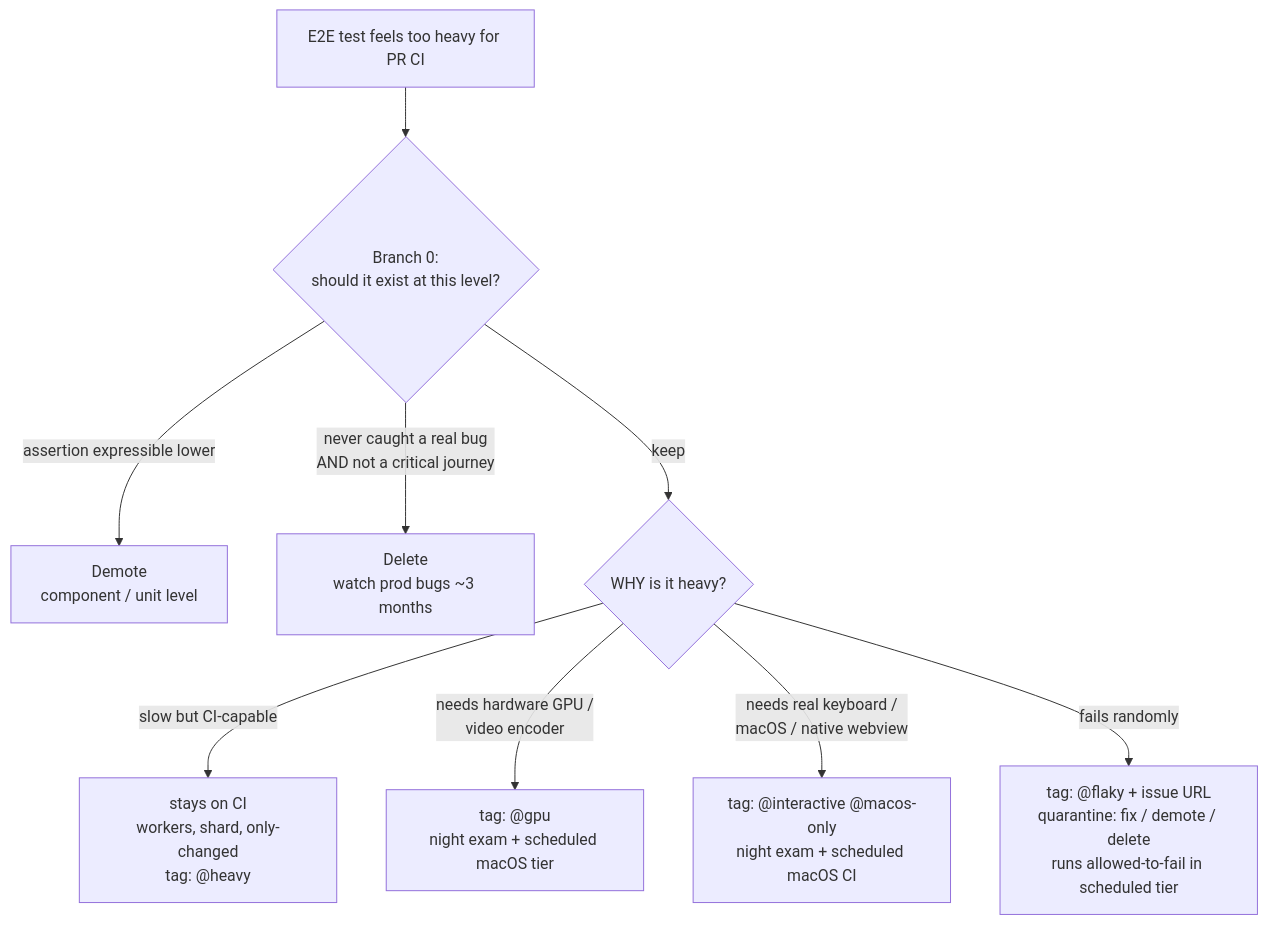
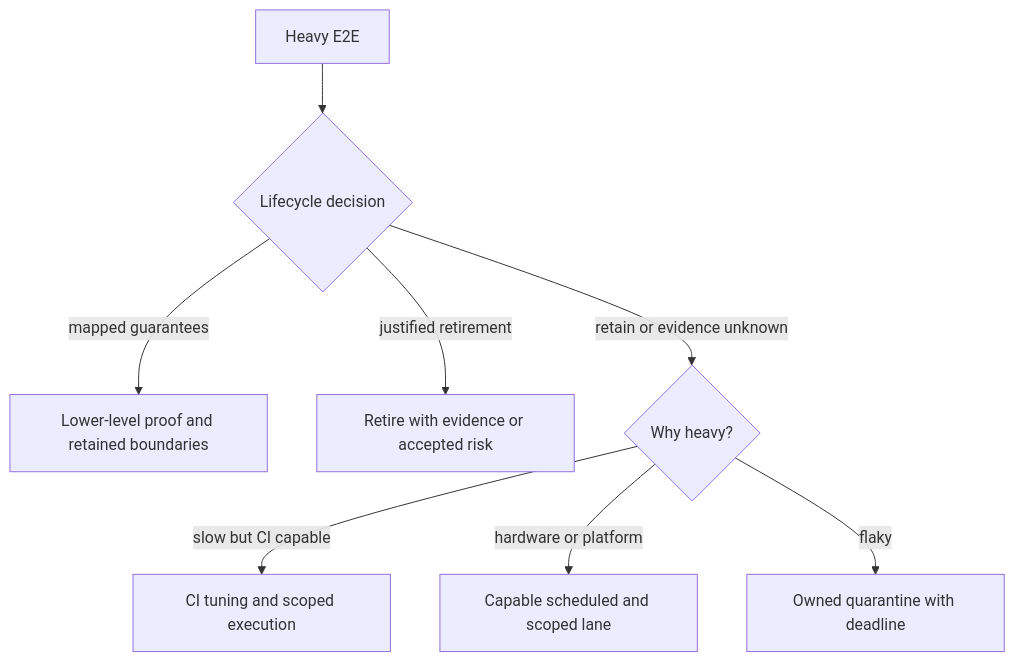
The diagram in src/content/docs-ja/decision-guide/heavy-test-decision.mdx (Takazudo/zudo-test-wisdom), drawn with Mermaid before and after one commit. The commit also changed other lines of this file and 43 other files, not shown here.

Commit message:
docs: clarify test lifecycle and transient-red development

````diff
--- a/src/content/docs-ja/decision-guide/heavy-test-decision.mdx
+++ b/src/content/docs-ja/decision-guide/heavy-test-decision.mdx
@@ -49,11 +47,10 @@
 ```mermaid
 flowchart TD
-  A[E2E test feels too heavy for PR CI] --> B0{Branch 0:<br/>should it exist at this level?}
-  B0 -->|assertion expressible lower| DEM[Demote<br/>component / unit level]
-  B0 -->|never caught a real bug<br/>AND not a critical journey| DEL[Delete<br/>watch prod bugs ~3 months]
-  B0 -->|keep| C{WHY is it heavy?}
-  C -->|slow but CI-capable| R1[stays on CI<br/>workers, shard, only-changed<br/>tag: @heavy]
-  C -->|needs hardware GPU /<br/>video encoder| R2[tag: @gpu<br/>night exam + scheduled macOS tier]
-  C -->|needs real keyboard /<br/>macOS / native webview| R3[tag: @interactive @macos-only<br/>night exam + scheduled macOS CI]
-  C -->|fails randomly| R4[tag: @flaky + issue URL<br/>quarantine: fix / demote / delete<br/>runs allowed-to-fail in scheduled tier]
+  A[Heavy E2E] --> B{Lifecycle decision}
+  B -->|mapped guarantees| D[Lower-level proof and retained boundaries]
+  B -->|justified retirement| E[Retire with evidence or accepted risk]
+  B -->|retain or evidence unknown| C{Why heavy?}
+  C -->|slow but CI capable| F[CI tuning and scoped execution]
+  C -->|hardware or platform| G[Capable scheduled and scoped lane]
+  C -->|flaky| H[Owned quarantine with deadline]
 ```
````
